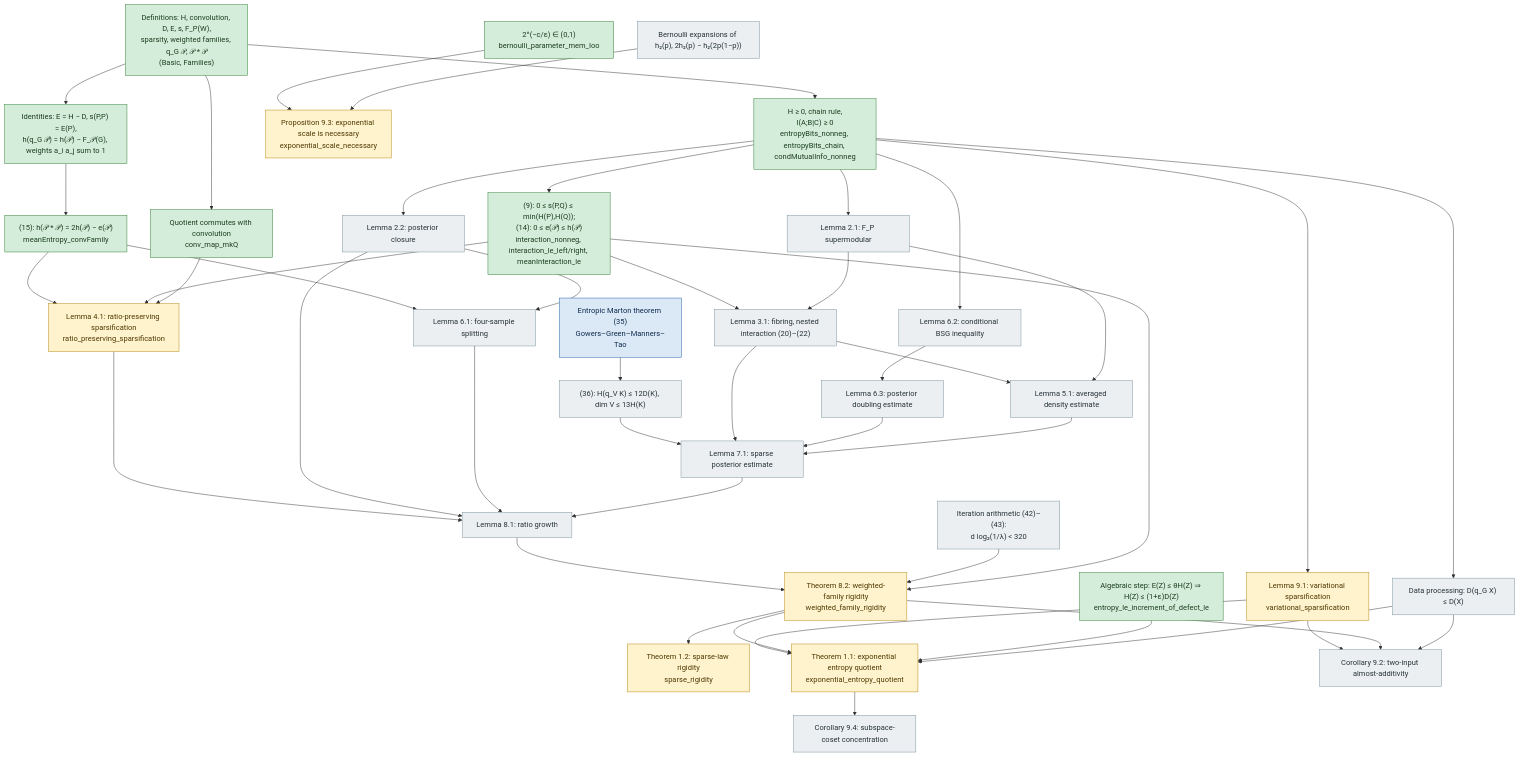
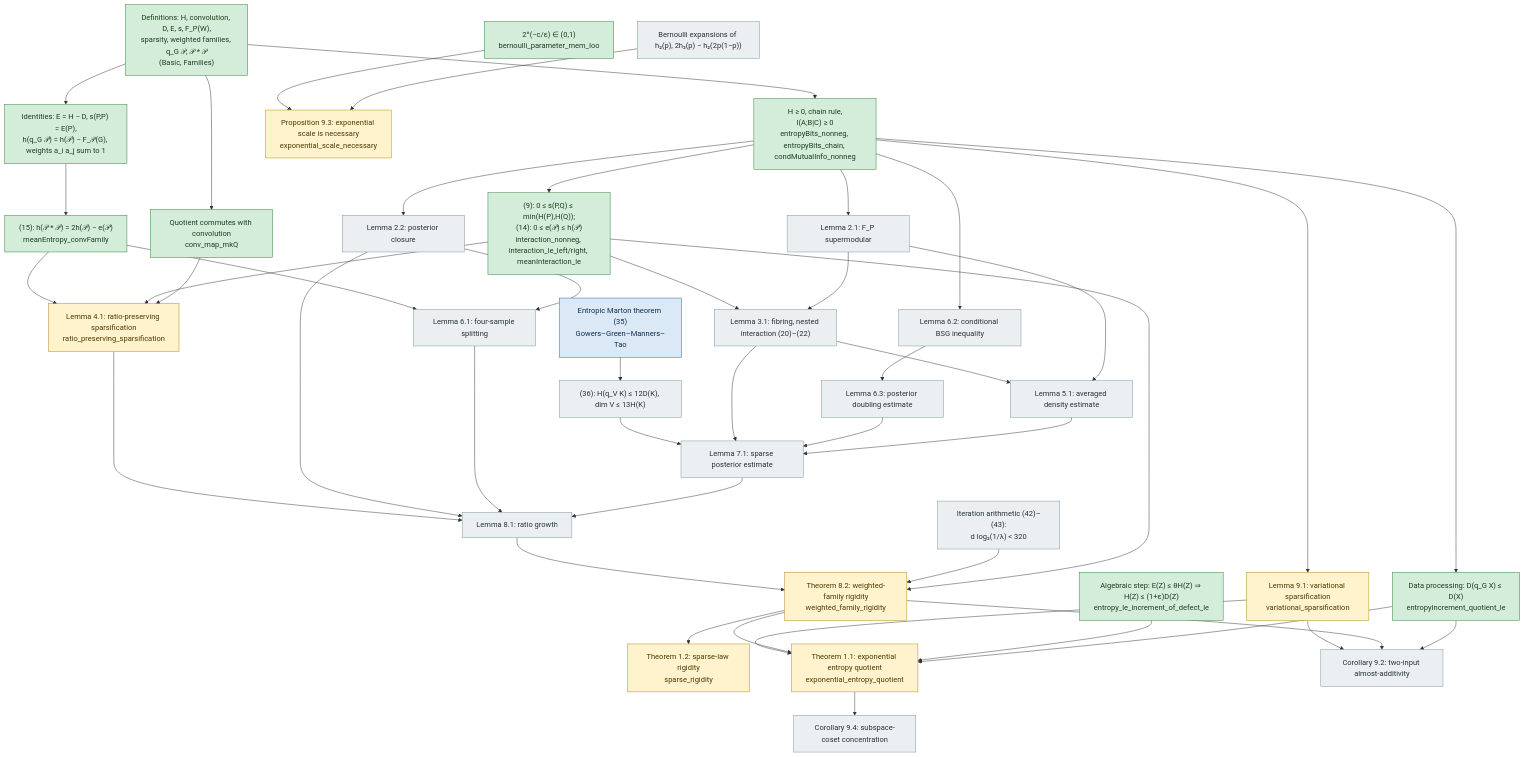
One commit to JosiahPark/entropy-quotients-lean changed the diagram in docs/DEPENDENCIES.md. Above: the diagram before and after it, drawn with Mermaid.

Commit message:
docs: mark data processing D(q_G X) <= D(X) proved in DEPENDENCIES (B5, CI green at 89f476b)

```diff
--- a/docs/DEPENDENCIES.md
+++ b/docs/DEPENDENCIES.md
@@ -27,7 +27,7 @@
   %% Entropy toolkit (Section 2)
   NN["H ≥ 0, chain rule,<br/>I(A;B|C) ≥ 0<br/>entropyBits_nonneg, entropyBits_chain, condMutualInfo_nonneg"]:::proved
   E9["(9): 0 ≤ s(P,Q) ≤ min(H(P),H(Q));<br/>(14): 0 ≤ e(𝒫) ≤ h(𝒫)<br/>interaction_nonneg, interaction_le_left/right, meanInteraction_le"]:::proved
-  DP["Data processing: D(q_G X) ≤ D(X)"]:::missing
+  DP["Data processing: D(q_G X) ≤ D(X)<br/>entropyIncrement_quotient_le"]:::proved
   E15["(15): h(𝒫 * 𝒫) = 2h(𝒫) − e(𝒫)<br/>meanEntropy_convFamily"]:::proved
   QC["Quotient commutes with convolution<br/>conv_map_mkQ"]:::proved
   L21["Lemma 2.1: F_P supermodular"]:::missing
```
